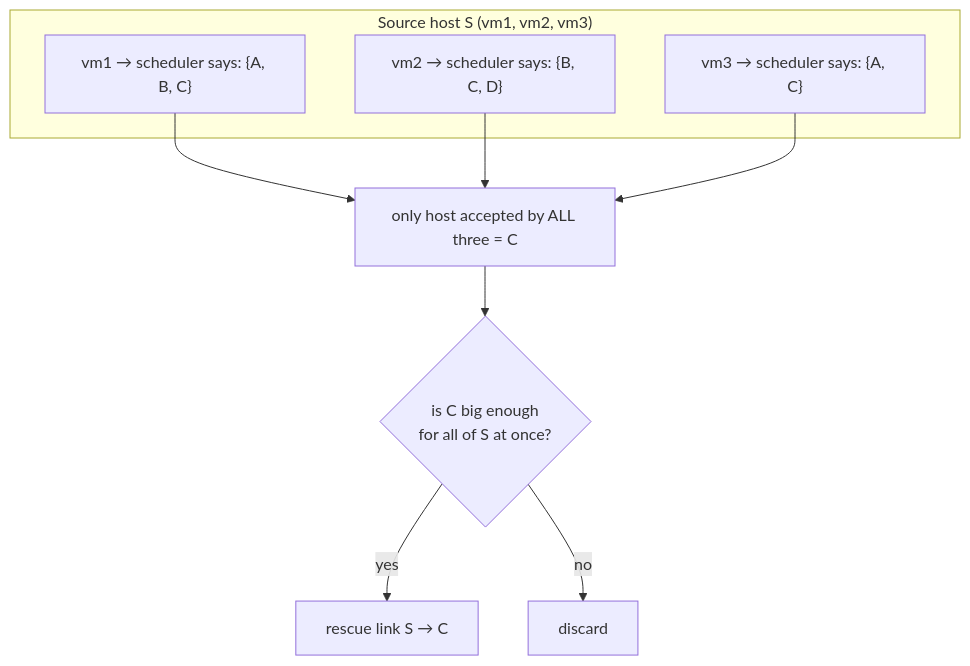
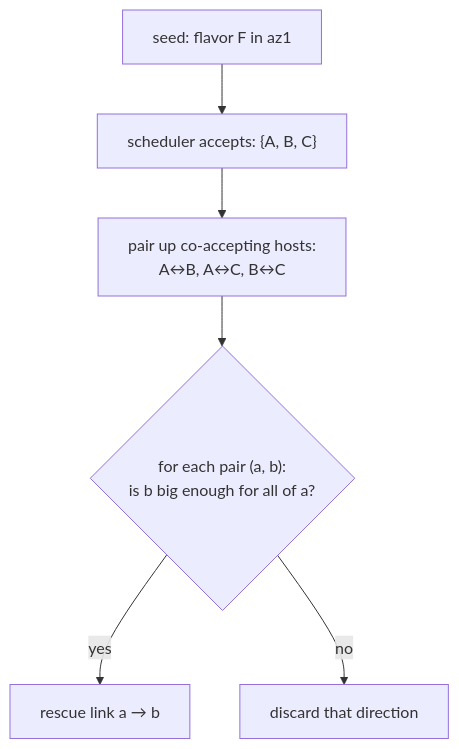
The third of 7 diagrams in docs/03-reservations-and-inventory/04-failover-host-reservations.md (cobaltcore-dev/cortex), drawn with Mermaid before and after one commit. The commit also changed other lines of this file and 9 other files, not shown here.

````diff
--- a/docs/03-reservations-and-inventory/04-failover-host-reservations.md
+++ b/docs/03-reservations-and-inventory/04-failover-host-reservations.md
@@ -160,14 +173,8 @@
 ```mermaid
 flowchart TB
-    subgraph src["Source host S (vm1, vm2, vm3)"]
-        VM1["vm1 → scheduler says: {A, B, C}"]
-        VM2["vm2 → scheduler says: {B, C, D}"]
-        VM3["vm3 → scheduler says: {A, C}"]
-    end
-    VM1 --> INT
-    VM2 --> INT
-    VM3 --> INT["only host accepted by ALL three = C"]
-    INT --> FIT{"is C big enough<br/>for all of S at once?"}
-    FIT -->|yes| EDGE["rescue link S → C"]
-    FIT -->|no| DROP["discard"]
+    SEED["seed: flavor F in az1"] --> SCHED["scheduler accepts: {A, B, C}"]
+    SCHED --> PAIR["pair up co-accepting hosts:<br/>A↔B, A↔C, B↔C"]
+    PAIR --> FIT{"for each pair (a, b):<br/>is b big enough for all of a?"}
+    FIT -->|yes| EDGE["rescue link a → b"]
+    FIT -->|no| DROP["discard that direction"]
 ```
````
